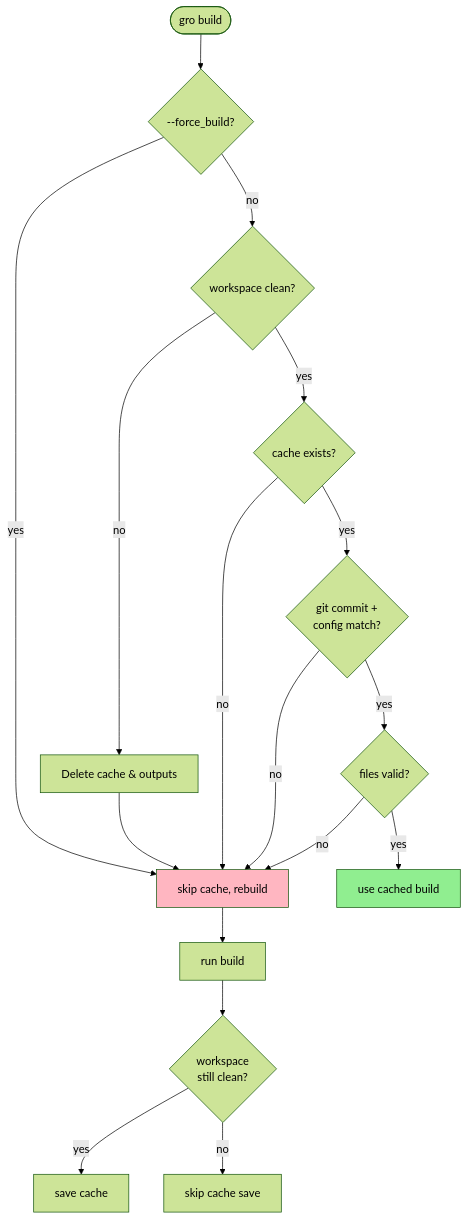
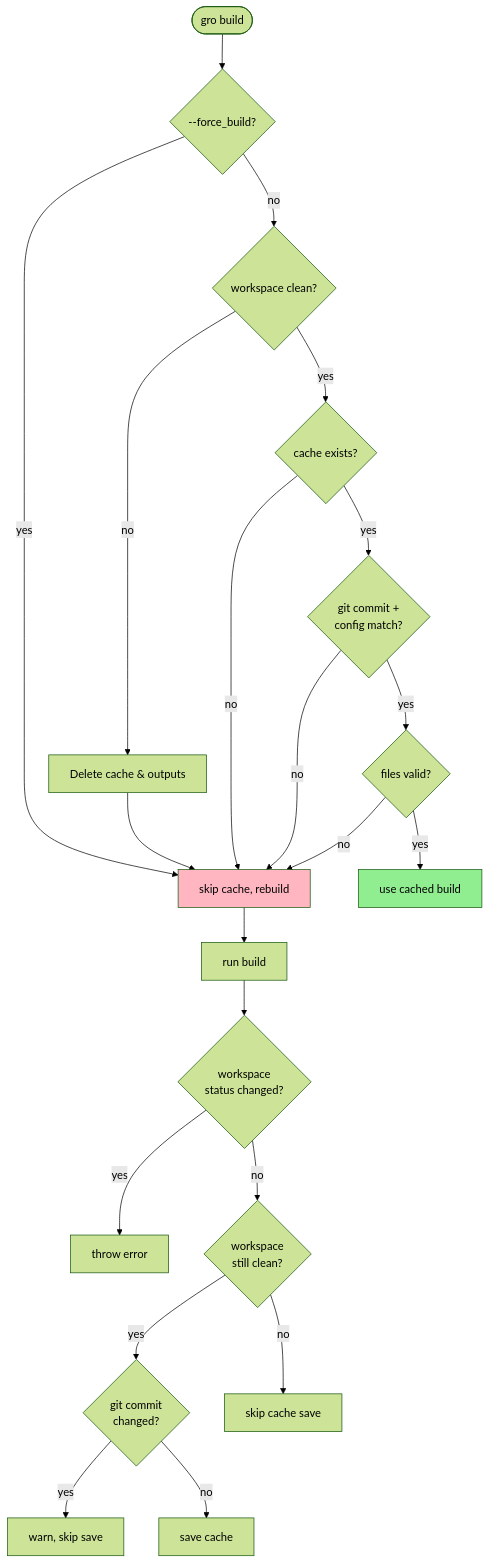
The diagram in src/docs/build.md (ryanatkn/gro), drawn with Mermaid (forest theme) before and after one commit. The commit also changed other lines of this file and 79 other files, not shown here.

````diff
--- a/src/docs/build.md
+++ b/src/docs/build.md
@@ -172,28 +209,34 @@
 ```mermaid
 flowchart TD
     Start([gro build]) --> Force{--force_build?}
     Force -->|yes| Rebuild[skip cache, rebuild]
     Force -->|no| Dirty{workspace clean?}
 
     Dirty -->|no| Clean[Delete cache & outputs]
     Clean --> Rebuild
 
     Dirty -->|yes| Load{cache exists?}
     Load -->|no| Rebuild
     Load -->|yes| Keys{git commit +<br/>config match?}
 
     Keys -->|no| Rebuild
     Keys -->|yes| Valid{files valid?}
 
     Valid -->|no| Rebuild
     Valid -->|yes| Skip[use cached build]
 
     Rebuild --> Build[run build]
-    Build --> Save{workspace<br/>still clean?}
+    Build --> Verify{workspace<br/>status changed?}
 
-    Save -->|yes| SaveCache[save cache]
-    Save -->|no| NoSave[skip cache save]
+    Verify -->|yes| ThrowError[throw error]
+    Verify -->|no| Save{workspace<br/>still clean?}
+
+    Save -->|yes| Commit{git commit<br/>changed?}
+    Save -->|no| SkipSave[skip cache save]
+
+    Commit -->|yes| WarnSkip[warn, skip save]
+    Commit -->|no| SaveCache[save cache]
 
     style Skip fill:#90EE90
     style Rebuild fill:#FFB6C1
 ```
````
